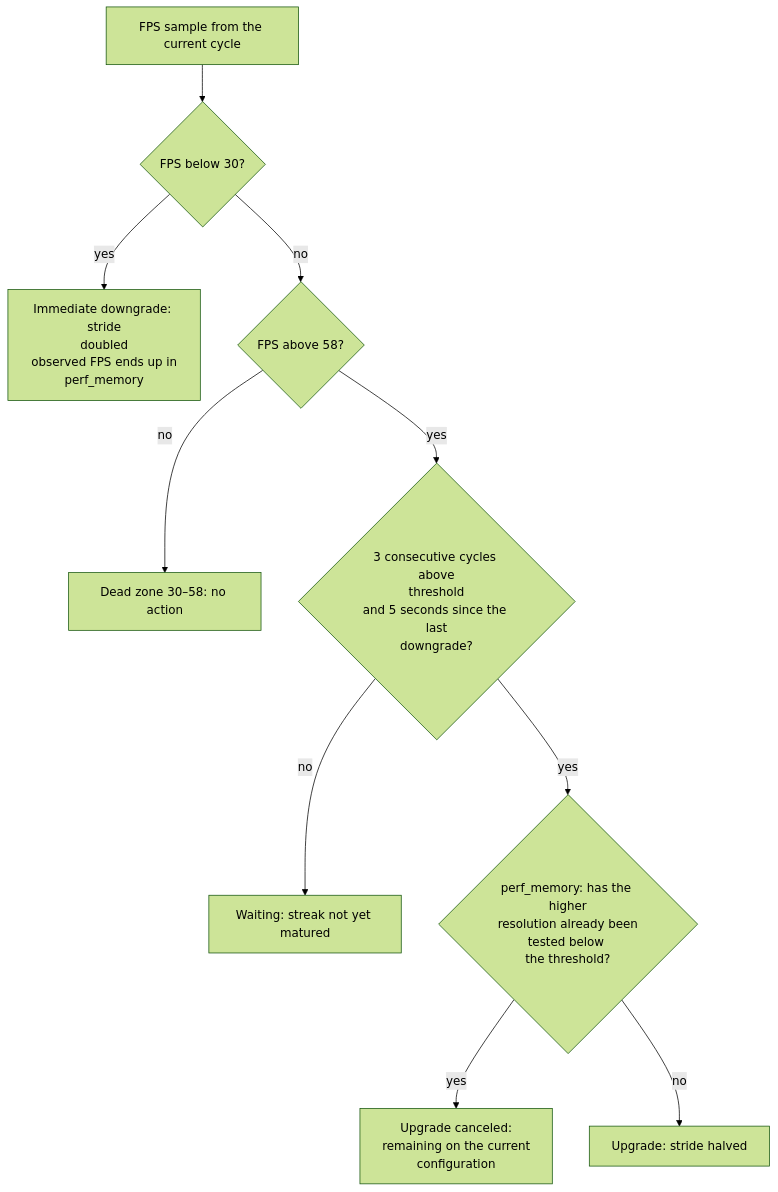
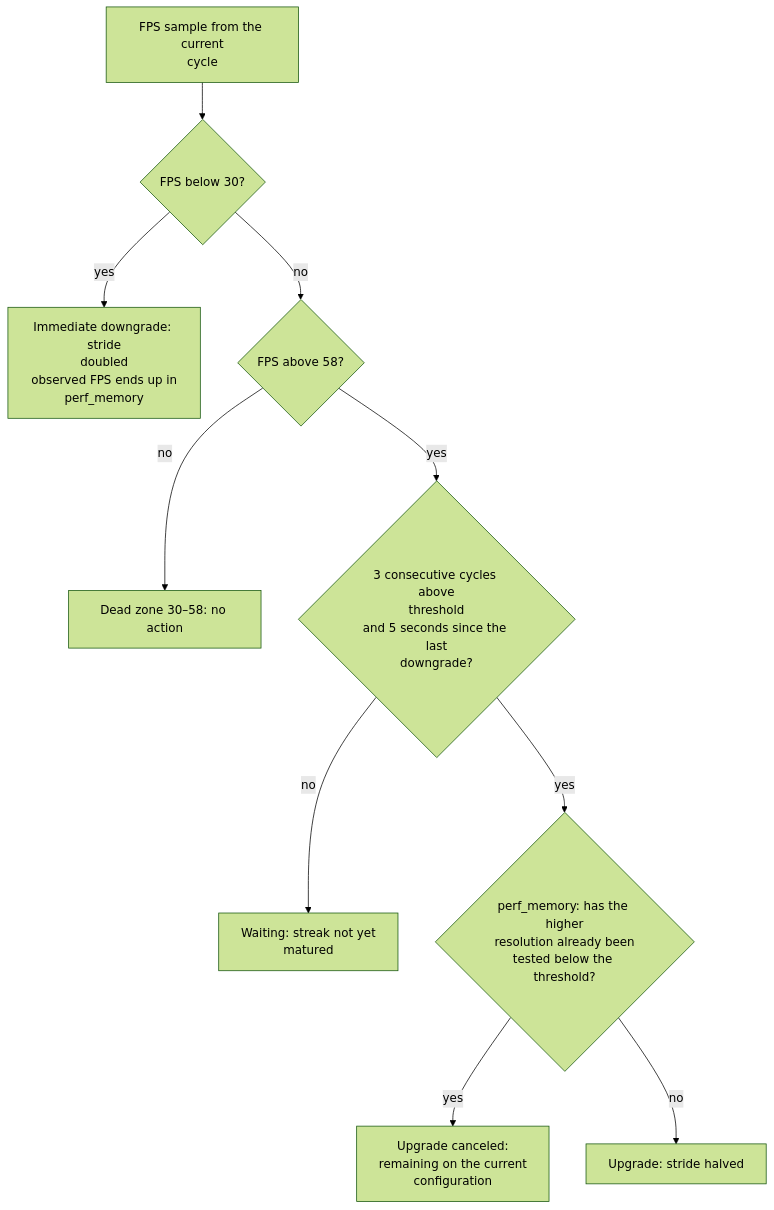
One commit to alessandro-pioli/AstroCausal_Engine changed the seventh of 11 diagrams in ARCHITECTURE_DEEP_DIVE.md. Above: the diagram before and after it, drawn with Mermaid (forest theme). The commit also changed other lines of this file and 2 other files, not shown here.

Commit message:
docs: leggibilita dei diagrammi e igiene del gitignore

````diff
--- a/ARCHITECTURE_DEEP_DIVE.md
+++ b/ARCHITECTURE_DEEP_DIVE.md
@@ -560,12 +560,12 @@
 ```mermaid
 flowchart TD
-    A["FPS sample from the current cycle"] --> B{"FPS below 30?"}
+    A["FPS sample from the current<br/>cycle"] --> B{"FPS below 30?"}
     B -->|"yes"| C["Immediate downgrade: stride<br/>doubled<br/>observed FPS ends up in<br/>perf_memory"]
     B -->|"no"| D{"FPS above 58?"}
     D -->|"no"| E["Dead zone 30–58: no action"]
     D -->|"yes"| F{"3 consecutive cycles above<br/>threshold<br/>and 5 seconds since the last<br/>downgrade?"}
-    F -->|"no"| G["Waiting: streak not yet matured"]
-    F -->|"yes"| H{"perf_memory: has the <br/>higher<br/> resolution already been tested below <br/>the threshold?"}
+    F -->|"no"| G["Waiting: streak not yet<br/>matured"]
+    F -->|"yes"| H{"perf_memory: has the higher<br/>resolution already been<br/>tested below the threshold?"}
     H -->|"yes"| I["Upgrade canceled:<br/>remaining on the current<br/>configuration"]
     H -->|"no"| J["Upgrade: stride halved"]
 ```
````
